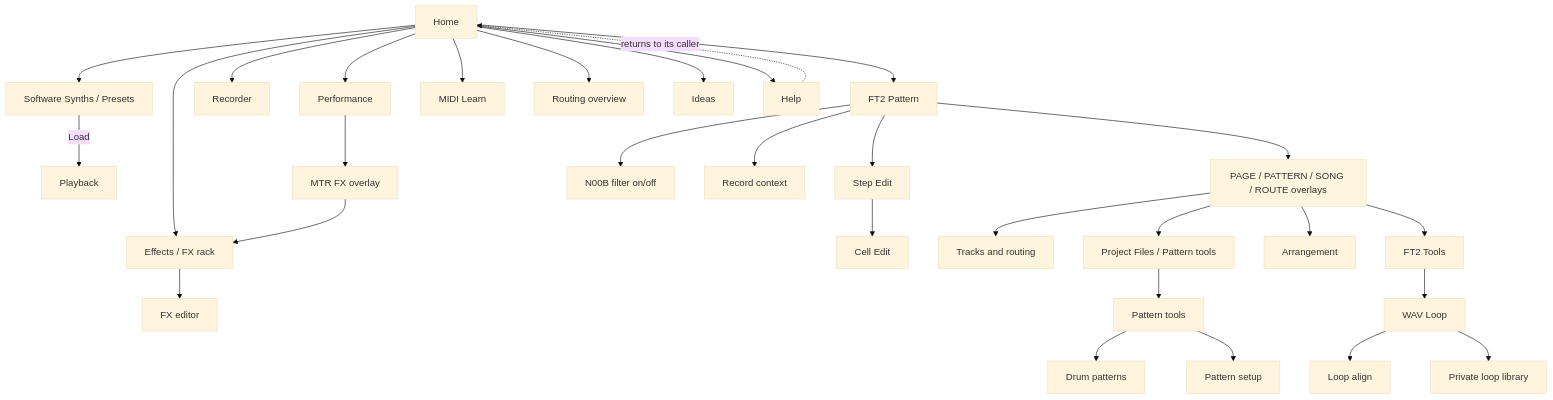
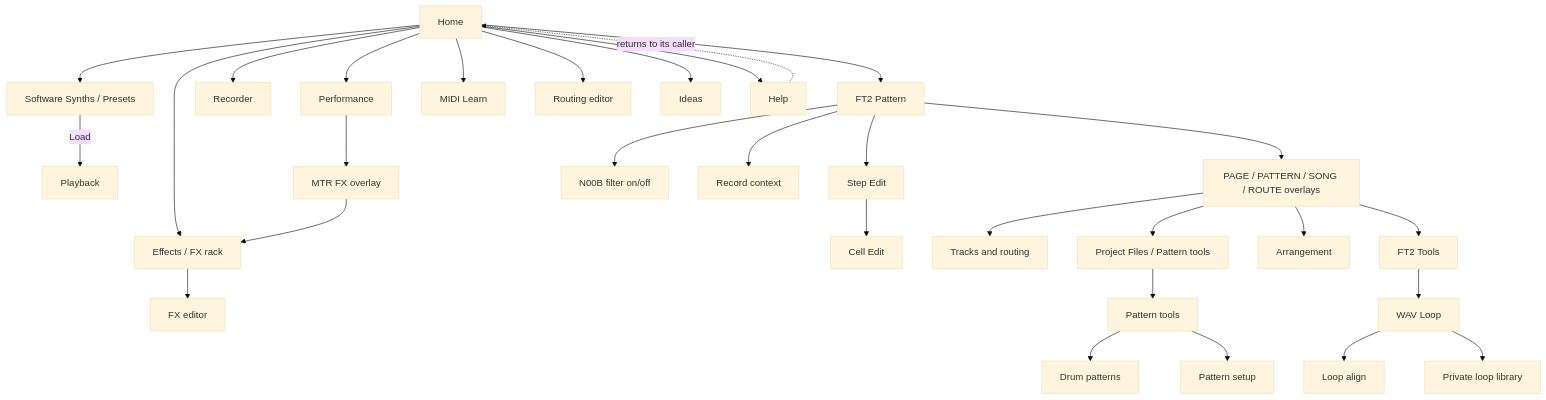
The diagram in docs/MENU_MANUAL.md (PaolaShultz/shr-daw), drawn with Mermaid (base theme) before and after one commit. The commit also changed other lines of this file and 26 other files, not shown here.

````diff
--- a/docs/MENU_MANUAL.md
+++ b/docs/MENU_MANUAL.md
@@ -66,32 +69,32 @@
 ```mermaid
 flowchart TD
     H0[Home] --> P[Software Synths / Presets]
     H0 --> T[FT2 Pattern]
     H0 --> A[Recorder]
     H0 --> M[Performance]
     H0 --> ML[MIDI Learn]
-    H0 --> RTE[Routing overview]
+    H0 --> RTE[Routing editor]
     H0 --> FX[Effects / FX rack]
     H0 --> I[Ideas]
     H0 --> H[Help]
     P -->|Load| PB[Playback]
     M --> MO[MTR FX overlay]
     MO --> FX
     FX --> FE[FX editor]
     T --> ON[PAGE / PATTERN / SONG / ROUTE overlays]
     T --> N[N00B filter on/off]
     T --> R[Record context]
     T --> E[Step Edit]
     E --> CE[Cell Edit]
     ON --> TR[Tracks and routing]
     ON --> F[Project Files / Pattern tools]
     ON --> AR[Arrangement]
     ON --> TT[FT2 Tools]
     TT --> L[WAV Loop]
     F --> PT[Pattern tools]
     PT --> D[Drum patterns]
     PT --> PS[Pattern setup]
     L --> LA[Loop align]
     L --> LL[Private loop library]
     H -. returns to its caller .-> H0
 ```
````
